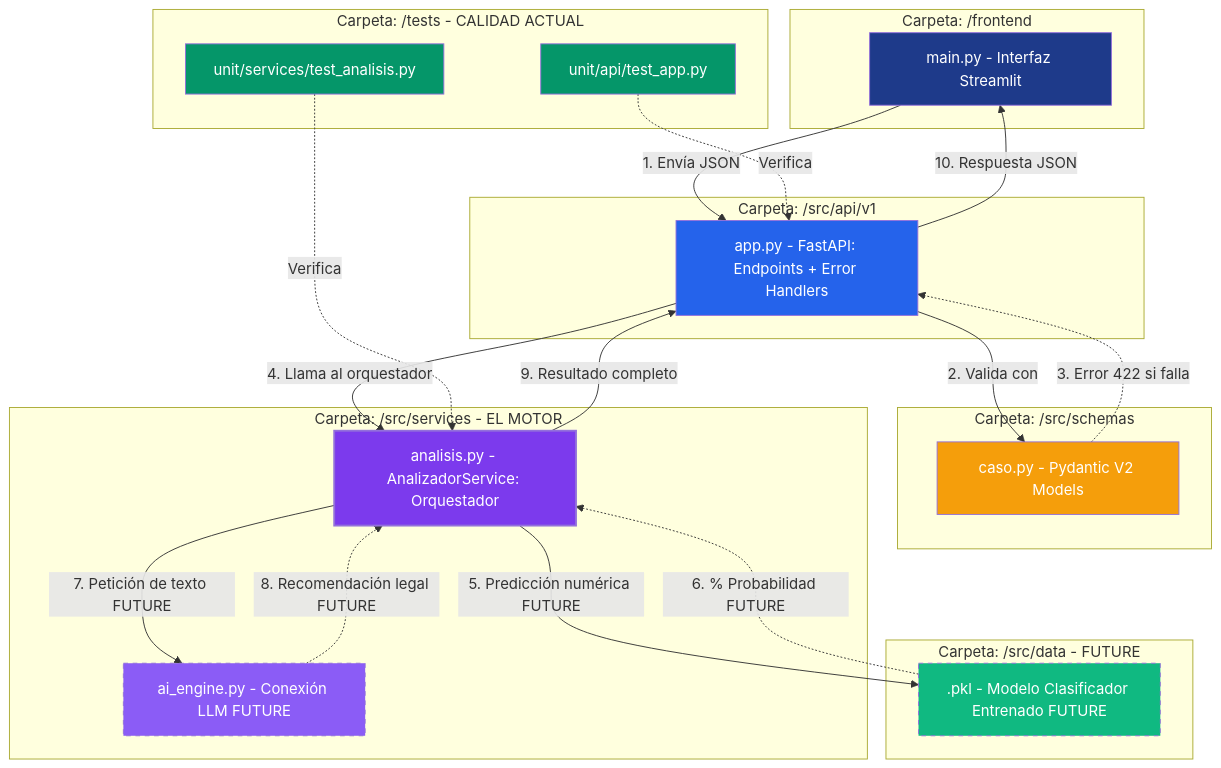
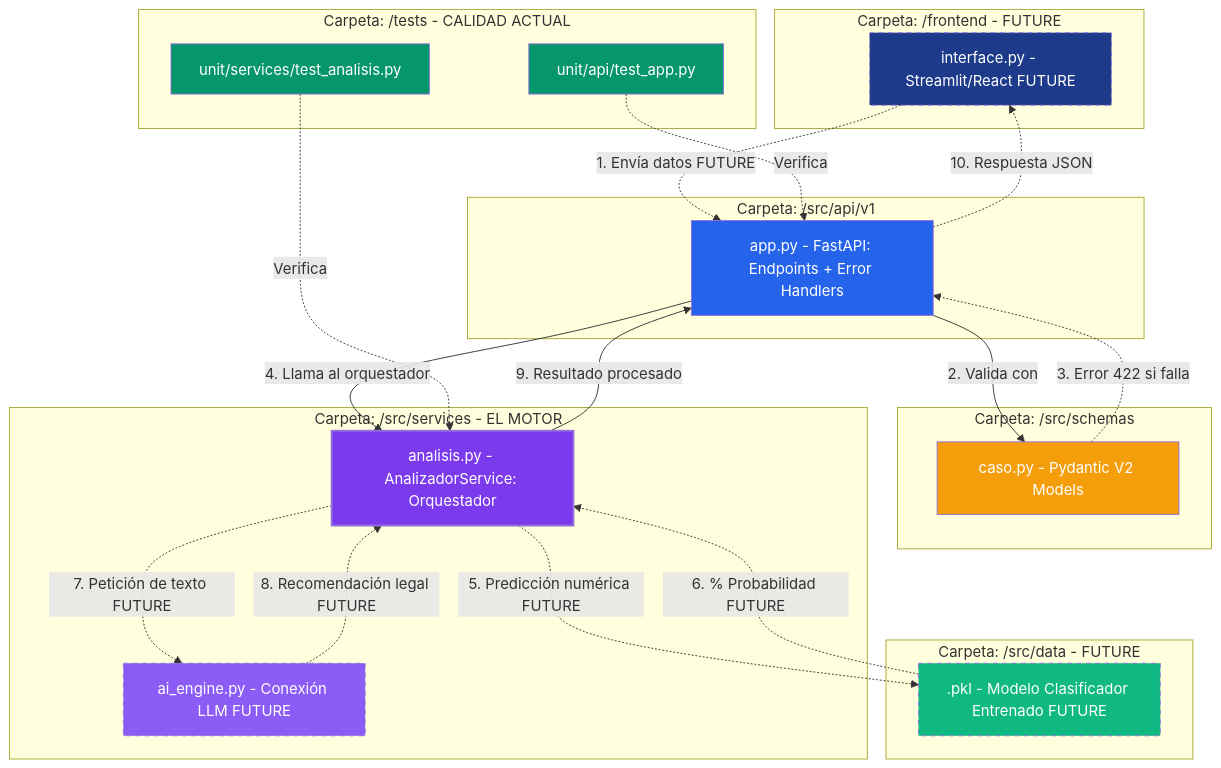
One commit to lmatsan/juezIA changed the diagram in src/README.md. Above: the diagram before and after it, drawn with Mermaid.

Commit message:
Update README.md to reflect changes in the frontend structure and data flow

````diff
--- a/src/README.md
+++ b/src/README.md
@@ -21,60 +21,59 @@
 ```mermaid
 graph TD
-    subgraph Frontend_App [Carpeta: /frontend]
-        UI[main.py - Interfaz Streamlit]
+    subgraph Frontend_App [Carpeta: /frontend - FUTURE]
+        UI[interface.py - Streamlit/React FUTURE]
     end
 
     subgraph API_Layer [Carpeta: /src/api/v1]
         Main[app.py - FastAPI: Endpoints + Error Handlers]
     end
 
     subgraph Data_Validation [Carpeta: /src/schemas]
         Pyd[caso.py - Pydantic V2 Models]
     end
 
     subgraph Business_Logic [Carpeta: /src/services - EL MOTOR]
         Service[analisis.py - AnalizadorService: Orquestador]
         AI[ai_engine.py - Conexión LLM FUTURE]
     end
 
     subgraph ML_Assets [Carpeta: /src/data - FUTURE]
         Model[.pkl - Modelo Clasificador Entrenado FUTURE]
     end
 
     subgraph Quality_Assurance [Carpeta: /tests - CALIDAD ACTUAL]
         T_API[unit/api/test_app.py]
         T_SRV[unit/services/test_analisis.py]
     end
 
-    %% Flujo de ejecución actual y futuro
-    UI -->|1. Envía JSON| Main
+    %% Flujo de ejecución
+    UI -.->|1. Envía datos FUTURE| Main
     Main -->|2. Valida con| Pyd
     Pyd -.->|3. Error 422 si falla| Main
     
     Main -->|4. Llama al orquestador| Service
     
-    %% --- El "Cuadrado" de Lógica de Negocio y ML ---
-    Service -->|5. Predicción numérica FUTURE| Model
+    %% --- Lógica de Negocio y ML ---
+    Service -.->|5. Predicción numérica FUTURE| Model
     Model -.->|6. % Probabilidad FUTURE| Service
-    Service -->|7. Petición de texto FUTURE| AI
+    Service -.->|7. Petición de texto FUTURE| AI
     AI -.->|8. Recomendación legal FUTURE| Service
-    %% ------------------------------------------------
 
     %% Cierre del ciclo
-    Service -->|9. Resultado completo| Main
-    Main -->|10. Respuesta JSON| UI
+    Service -->|9. Resultado procesado| Main
+    Main -.->|10. Respuesta JSON| UI
 
-    %% Relación de Tests (Blindaje actual)
+    %% Relación de Tests
     T_API -.->|Verifica| Main
     T_SRV -.->|Verifica| Service
 
     %% Estética y Leyenda
-    style UI fill:#1E3A8A,color:#fff
+    style UI fill:#1E3A8A,color:#fff,stroke-dasharray: 5 5
     style Main fill:#2563EB,color:#fff
     style Service fill:#7C3AED,color:#fff,stroke-width:2px
     style Model fill:#10B981,color:#fff,stroke-dasharray: 5 5
     style AI fill:#8B5CF6,color:#fff,stroke-dasharray: 5 5
     style T_API fill:#059669,color:#fff
     style T_SRV fill:#059669,color:#fff
     style Pyd fill:#F59E0B,color:#fff
 ```
````
